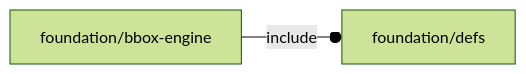
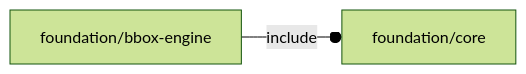
Before and after one commit to ggabbiani/OFL: the diagram in orthodocs/foundation/bbox-engine.md, drawn with Mermaid (forest theme). The commit also changed 81 other files, not shown here.

Commit message:
foundation/defs.scad renamed as foundation/core.scad

````diff
--- a/orthodocs/foundation/bbox-engine.md
+++ b/orthodocs/foundation/bbox-engine.md
@@ -5,4 +5,4 @@
 ```mermaid
 graph LR
-    A1[foundation/bbox-engine] --o|include| A2[foundation/defs]
+    A1[foundation/bbox-engine] --o|include| A2[foundation/core]
 ```
````
